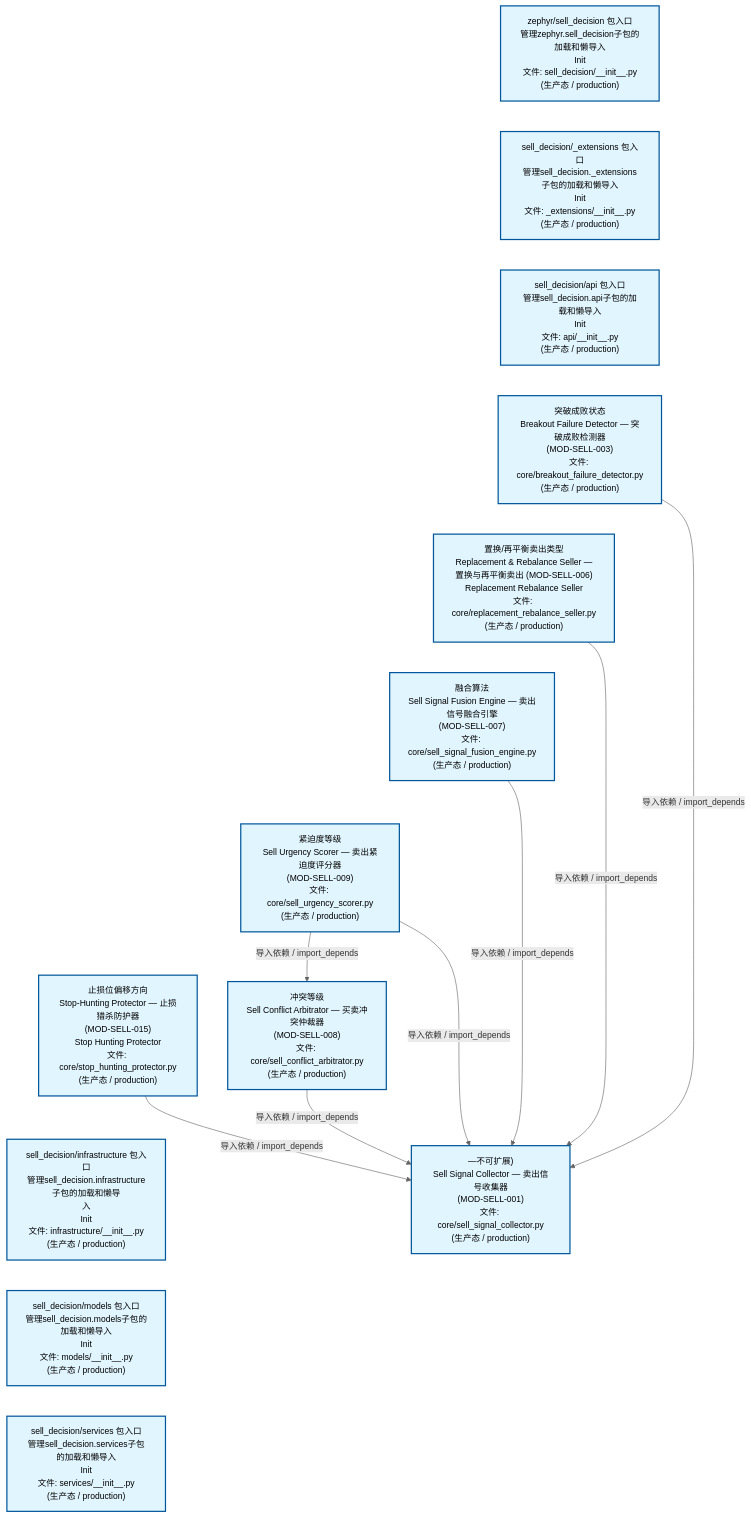
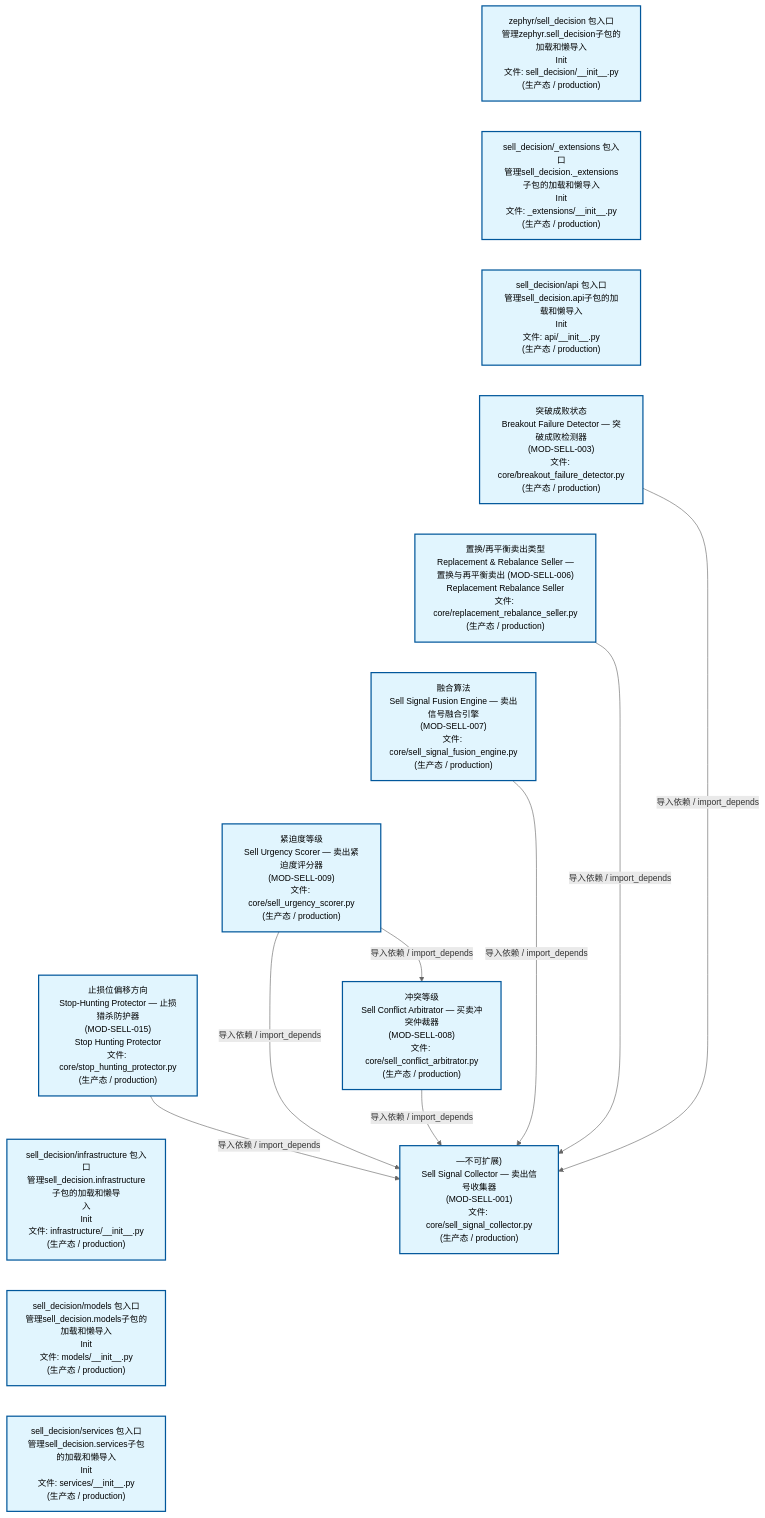
Before and after one commit to xuanFelixVan/ZephyrAlpha: the second of 4 diagrams in docs/02_enterprise_architecture/02_domain_architecture_docs/67_d_sell_decision.md, drawn with Mermaid. The commit also changed other lines of this file and 50 other files, not shown here.

````diff
--- a/docs/02_enterprise_architecture/02_domain_architecture_docs/67_d_sell_decision.md
+++ b/docs/02_enterprise_architecture/02_domain_architecture_docs/67_d_sell_decision.md
@@ -150,39 +150,39 @@
 ```mermaid
 %%{init: {'theme': 'base', 'themeVariables': {'primaryColor': '#eaeaea', 'primaryTextColor': '#333333', 'primaryBorderColor': '#666666', 'lineColor': '#666666', 'secondaryColor': '#eaeaea', 'tertiaryColor': '#eaeaea', 'fontSize': '14px'}}}%%
 flowchart TD
     src_zephyr_sell_decision_init_py["zephyr/sell_decision 包入口<br/>管理zephyr.sell_decision子包的加载和懒导入<br/>Init<br/>文件: sell_decision/__init__.py<br/>(生产态 / production)"]
     src_zephyr_sell_decision_extensions_init_py["sell_decision/_extensions 包入口<br/>管理sell_decision._extensions子包的加载和懒导入<br/>Init<br/>文件: _extensions/__init__.py<br/>(生产态 / production)"]
     src_zephyr_sell_decision_api_init_py["sell_decision/api 包入口<br/>管理sell_decision.api子包的加载和懒导入<br/>Init<br/>文件: api/__init__.py<br/>(生产态 / production)"]
     src_zephyr_sell_decision_core_breakout_failure_detector_py["突破成败状态<br/>Breakout Failure Detector — 突破成败检测器<br/>(MOD-SELL-003)<br/>文件: core/breakout_failure_detector.py<br/>(生产态 / production)"]
     src_zephyr_sell_decision_core_replacement_rebalance_seller_py["置换/再平衡卖出类型<br/>Replacement & Rebalance Seller —<br/>置换与再平衡卖出 (MOD-SELL-006)<br/>Replacement Rebalance Seller<br/>文件: core/replacement_rebalance_seller.py<br/>(生产态 / production)"]
     src_zephyr_sell_decision_core_sell_signal_fusion_engine_py["融合算法<br/>Sell Signal Fusion Engine — 卖出信号融合引擎<br/>(MOD-SELL-007)<br/>文件: core/sell_signal_fusion_engine.py<br/>(生产态 / production)"]
     src_zephyr_sell_decision_core_sell_urgency_scorer_py["紧迫度等级<br/>Sell Urgency Scorer — 卖出紧迫度评分器<br/>(MOD-SELL-009)<br/>文件: core/sell_urgency_scorer.py<br/>(生产态 / production)"]
     src_zephyr_sell_decision_core_stop_hunting_protector_py["止损位偏移方向<br/>Stop-Hunting Protector — 止损猎杀防护器<br/>(MOD-SELL-015)<br/>Stop Hunting Protector<br/>文件: core/stop_hunting_protector.py<br/>(生产态 / production)"]
     src_zephyr_sell_decision_infrastructure_init_py["sell_decision/infrastructure 包入口<br/>管理sell_decision.infrastructure子包的加载和懒导<br/>入<br/>Init<br/>文件: infrastructure/__init__.py<br/>(生产态 / production)"]
     src_zephyr_sell_decision_models_init_py["sell_decision/models 包入口<br/>管理sell_decision.models子包的加载和懒导入<br/>Init<br/>文件: models/__init__.py<br/>(生产态 / production)"]
     src_zephyr_sell_decision_services_init_py["sell_decision/services 包入口<br/>管理sell_decision.services子包的加载和懒导入<br/>Init<br/>文件: services/__init__.py<br/>(生产态 / production)"]
     src_zephyr_sell_decision_init_py ~~~ src_zephyr_sell_decision_extensions_init_py
     src_zephyr_sell_decision_extensions_init_py ~~~ src_zephyr_sell_decision_api_init_py
     src_zephyr_sell_decision_api_init_py ~~~ src_zephyr_sell_decision_core_breakout_failure_detector_py
     src_zephyr_sell_decision_core_breakout_failure_detector_py ~~~ src_zephyr_sell_decision_core_replacement_rebalance_seller_py
     src_zephyr_sell_decision_core_replacement_rebalance_seller_py ~~~ src_zephyr_sell_decision_core_sell_signal_fusion_engine_py
     src_zephyr_sell_decision_core_sell_signal_fusion_engine_py ~~~ src_zephyr_sell_decision_core_sell_urgency_scorer_py
     src_zephyr_sell_decision_core_sell_urgency_scorer_py ~~~ src_zephyr_sell_decision_core_stop_hunting_protector_py
     src_zephyr_sell_decision_core_stop_hunting_protector_py ~~~ src_zephyr_sell_decision_infrastructure_init_py
     src_zephyr_sell_decision_infrastructure_init_py ~~~ src_zephyr_sell_decision_models_init_py
     src_zephyr_sell_decision_models_init_py ~~~ src_zephyr_sell_decision_services_init_py
     src_zephyr_sell_decision_core_sell_conflict_arbitrator_py["冲突等级<br/>Sell Conflict Arbitrator — 买卖冲突仲裁器<br/>(MOD-SELL-008)<br/>文件: core/sell_conflict_arbitrator.py<br/>(生产态 / production)"]
     src_zephyr_sell_decision_core_sell_signal_collector_py["—不可扩展)<br/>Sell Signal Collector — 卖出信号收集器<br/>(MOD-SELL-001)<br/>文件: core/sell_signal_collector.py<br/>(生产态 / production)"]
+    src_zephyr_sell_decision_core_breakout_failure_detector_py -->|导入依赖 / import_depends| src_zephyr_sell_decision_core_sell_signal_collector_py
     src_zephyr_sell_decision_core_replacement_rebalance_seller_py -->|导入依赖 / import_depends| src_zephyr_sell_decision_core_sell_signal_collector_py
+    src_zephyr_sell_decision_core_sell_conflict_arbitrator_py -->|导入依赖 / import_depends| src_zephyr_sell_decision_core_sell_signal_collector_py
+    src_zephyr_sell_decision_core_sell_urgency_scorer_py -->|导入依赖 / import_depends| src_zephyr_sell_decision_core_sell_signal_collector_py
     src_zephyr_sell_decision_core_sell_urgency_scorer_py -->|导入依赖 / import_depends| src_zephyr_sell_decision_core_sell_conflict_arbitrator_py
-    src_zephyr_sell_decision_core_sell_urgency_scorer_py -->|导入依赖 / import_depends| src_zephyr_sell_decision_core_sell_signal_collector_py
+    src_zephyr_sell_decision_core_stop_hunting_protector_py -->|导入依赖 / import_depends| src_zephyr_sell_decision_core_sell_signal_collector_py
     src_zephyr_sell_decision_core_sell_signal_fusion_engine_py -->|导入依赖 / import_depends| src_zephyr_sell_decision_core_sell_signal_collector_py
-    src_zephyr_sell_decision_core_sell_conflict_arbitrator_py -->|导入依赖 / import_depends| src_zephyr_sell_decision_core_sell_signal_collector_py
-    src_zephyr_sell_decision_core_breakout_failure_detector_py -->|导入依赖 / import_depends| src_zephyr_sell_decision_core_sell_signal_collector_py
-    src_zephyr_sell_decision_core_stop_hunting_protector_py -->|导入依赖 / import_depends| src_zephyr_sell_decision_core_sell_signal_collector_py
     classDef production fill:#e1f5fe,stroke:#01579b,stroke-width:2px,color:#000
     classDef design fill:#fff3e0,stroke:#e65100,stroke-width:2px,color:#000,stroke-dasharray: 5 5
     classDef external_prod fill:#e8f4fd,stroke:#0277bd,stroke-width:1px,color:#000
     classDef external_design fill:#fff8e7,stroke:#ef6c00,stroke-width:1px,color:#000,stroke-dasharray: 5 5
     class src_zephyr_sell_decision_init_py,src_zephyr_sell_decision_extensions_init_py,src_zephyr_sell_decision_api_init_py,src_zephyr_sell_decision_core_breakout_failure_detector_py,src_zephyr_sell_decision_core_replacement_rebalance_seller_py,src_zephyr_sell_decision_core_sell_conflict_arbitrator_py,src_zephyr_sell_decision_core_sell_signal_collector_py,src_zephyr_sell_decision_core_sell_signal_fusion_engine_py,src_zephyr_sell_decision_core_sell_urgency_scorer_py,src_zephyr_sell_decision_core_stop_hunting_protector_py,src_zephyr_sell_decision_infrastructure_init_py,src_zephyr_sell_decision_models_init_py,src_zephyr_sell_decision_services_init_py production
 ```
````
